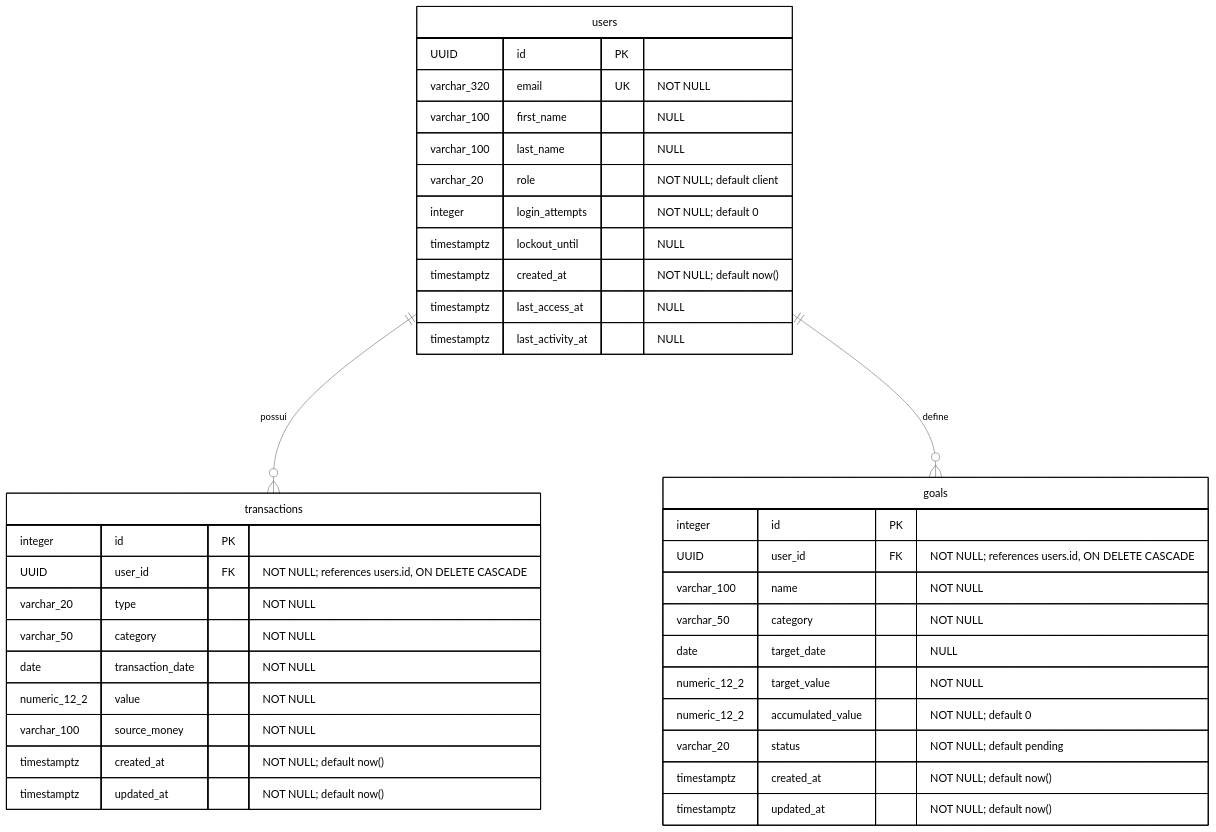
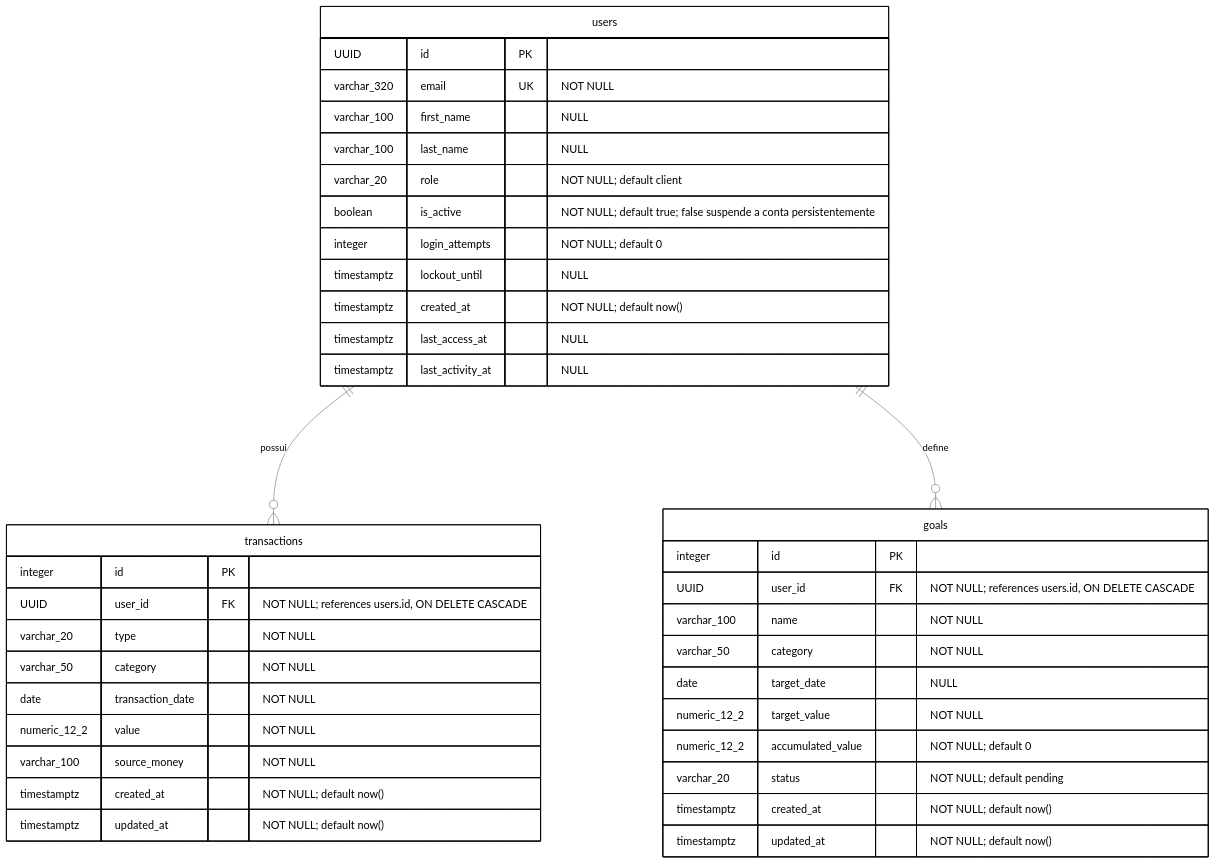
One commit to FATEC-Lab-Eng-Software/FinanSys changed the diagram in documentation/diagrama-entidade-relacionamento.md. Above: the diagram before and after it, drawn with Mermaid. The commit also changed other lines of this file and 31 other files, not shown here.

````diff
--- a/documentation/diagrama-entidade-relacionamento.md
+++ b/documentation/diagrama-entidade-relacionamento.md
@@ -5,74 +5,75 @@
 ```mermaid
 ---
 config:
   layout: dagre
   theme: base
   er:
     theme: neutral
     look: classic
     layoutDirection: TB
     diagramPadding: 32
     entityPadding: 18
     nodeSpacing: 180
     rankSpacing: 160
     fontSize: 16
   themeCSS: '.edgeLabel p { font-size: 20px !important; }'
   themeVariables:
     background: '#ffffff'
     primaryColor: '#ffffff'
     primaryTextColor: '#000000'
     primaryBorderColor: '#000000'
     lineColor: '#808080'
     textColor: '#000000'
     secondaryColor: '#ffffff'
     secondaryTextColor: '#000000'
     tertiaryColor: '#ffffff'
     tertiaryTextColor: '#000000'
     edgeLabelBackground: '#ffffff'
 ---
 erDiagram
     users ||--o{ transactions : possui
     users ||--o{ goals : define
 
     users {
         UUID id PK
         varchar_320 email UK "NOT NULL"
         varchar_100 first_name "NULL"
         varchar_100 last_name "NULL"
         varchar_20 role "NOT NULL; default client"
+        boolean is_active "NOT NULL; default true; false suspende a conta persistentemente"
         integer login_attempts "NOT NULL; default 0"
         timestamptz lockout_until "NULL"
         timestamptz created_at "NOT NULL; default now()"
         timestamptz last_access_at "NULL"
         timestamptz last_activity_at "NULL"
     }
 
     transactions {
         integer id PK
         UUID user_id FK "NOT NULL; references users.id, ON DELETE CASCADE"
         varchar_20 type "NOT NULL"
         varchar_50 category "NOT NULL"
         date transaction_date "NOT NULL"
         numeric_12_2 value "NOT NULL"
         varchar_100 source_money "NOT NULL"
         timestamptz created_at "NOT NULL; default now()"
         timestamptz updated_at "NOT NULL; default now()"
     }
 
     goals {
         integer id PK
         UUID user_id FK "NOT NULL; references users.id, ON DELETE CASCADE"
         varchar_100 name "NOT NULL"
         varchar_50 category "NOT NULL"
         date target_date "NULL"
         numeric_12_2 target_value "NOT NULL"
         numeric_12_2 accumulated_value "NOT NULL; default 0"
         varchar_20 status "NOT NULL; default pending"
         timestamptz created_at "NOT NULL; default now()"
         timestamptz updated_at "NOT NULL; default now()"
     }
 
     style users fill:#ffffff,stroke:#000000,color:#000000
     style transactions fill:#ffffff,stroke:#000000,color:#000000
     style goals fill:#ffffff,stroke:#000000,color:#000000
 ```
````
